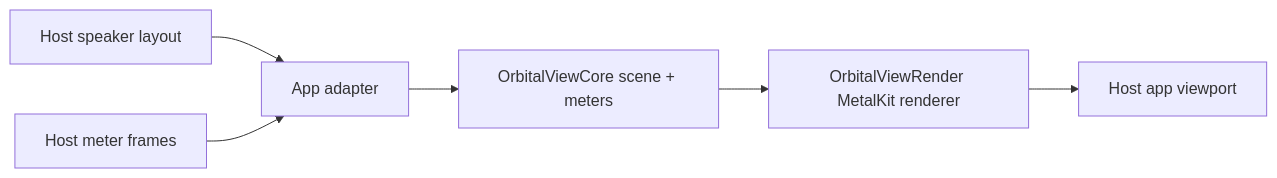
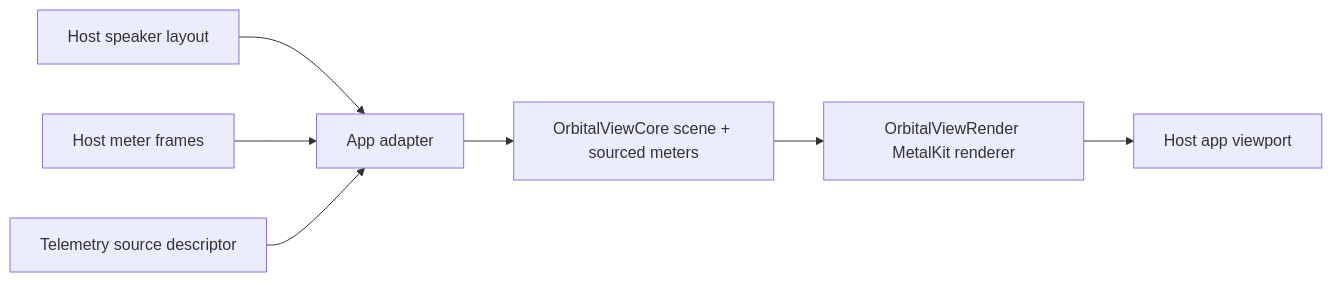
Before and after one commit to jebagu/orbital-view: the fourth of 19 diagrams in docs/system-flows.md, drawn with Mermaid. The commit also changed other lines of this file and 55 other files, not shown here.

````diff
--- a/docs/system-flows.md
+++ b/docs/system-flows.md
@@ -14,8 +45,9 @@
 ```mermaid
 flowchart LR
   HostLayout["Host speaker layout"] --> Adapter["App adapter"]
   HostMeters["Host meter frames"] --> Adapter
-  Adapter --> Core["OrbitalViewCore scene + meters"]
+  HostSource["Telemetry source descriptor"] --> Adapter
+  Adapter --> Core["OrbitalViewCore scene + sourced meters"]
   Core --> Renderer["OrbitalViewRender MetalKit renderer"]
   Renderer --> UI["Host app viewport"]
 ```
````
